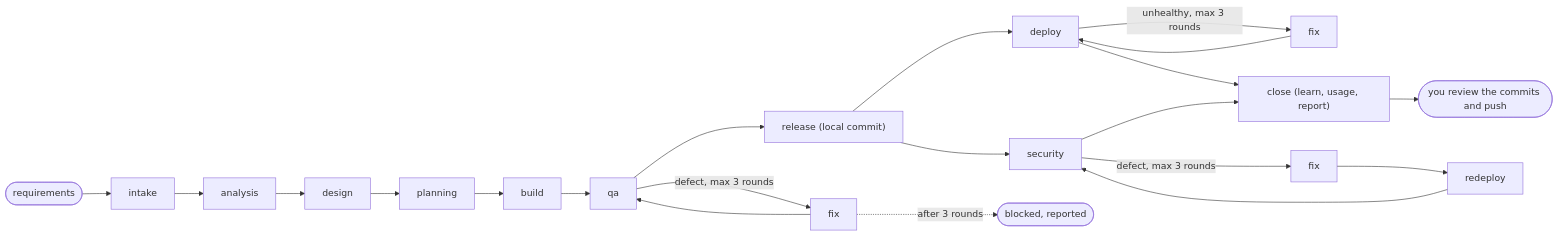
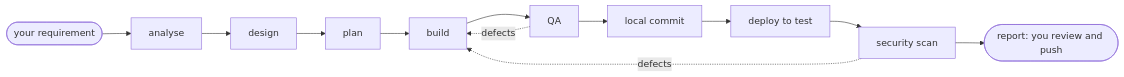
One commit to prasadm1022/hades-vault changed the diagram in README.md. Above: the diagram before and after it, drawn with Mermaid. The commit also changed other lines of this file and 1 other file, not shown here.

First line of the commit message:
README: short, readable pitch with token savings and a usage table

````diff
--- a/README.md
+++ b/README.md
@@ -135,14 +176,8 @@
 ```mermaid
 flowchart LR
-  req([requirements]) --> intake --> analysis --> design --> planning --> build --> qa
-  qa -->|defect, max 3 rounds| fixq[fix] --> qa
-  qa --> release["release (local commit)"]
-  release --> deploy
-  release --> security
-  deploy -->|unhealthy, max 3 rounds| fixd[fix] --> deploy
-  security -->|defect, max 3 rounds| fixs[fix] --> redeploy --> security
-  fixq -.->|after 3 rounds| blocked(["blocked, reported"])
-  deploy --> close
-  security --> close["close (learn, usage, report)"]
-  close --> push(["you review the commits and push"])
+  req([your requirement]) --> analyse[analyse] --> design[design] --> plan[plan] --> build[build]
+  build --> qa[QA] --> commit[local commit] --> deploy[deploy to test] --> security[security scan]
+  security --> report([report: you review and push])
+  qa -. defects .-> build
+  security -. defects .-> build
 ```
````
